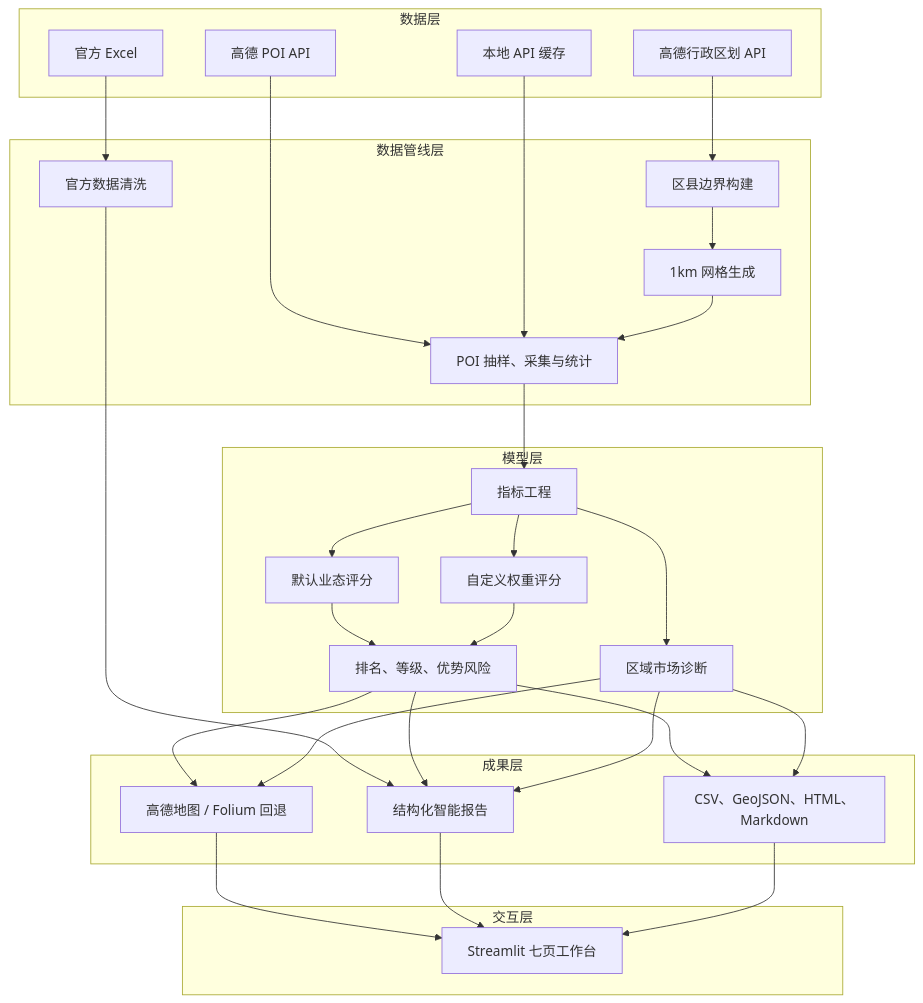
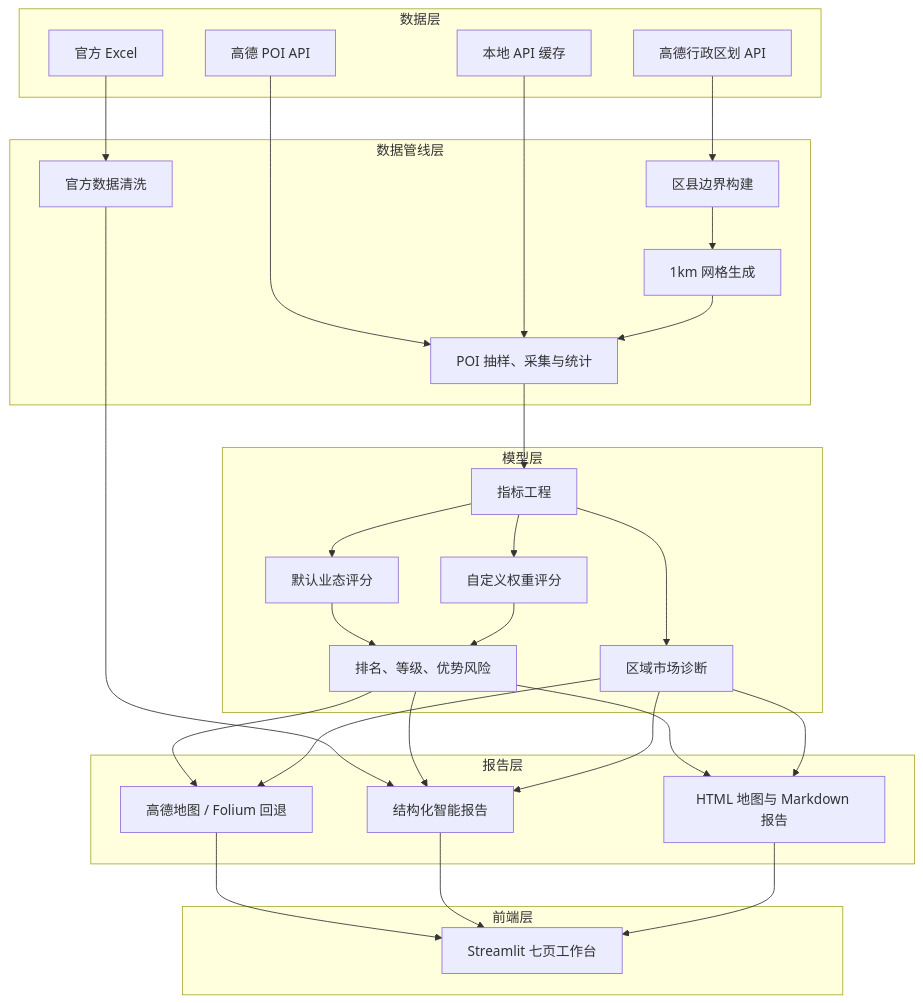
One commit to Brolem/qianzhi_selection changed the third of 3 diagrams in docs/黔址优选_v2项目说明材料.md. Above: the diagram before and after it, drawn with Mermaid. The commit also changed other lines of this file and 11 other files, not shown here.

````diff
--- a/docs/黔址优选_v2项目说明材料.md
+++ b/docs/黔址优选_v2项目说明材料.md
@@ -424,57 +424,57 @@
 ```mermaid
 flowchart TB
     subgraph Data["数据层"]
         A["官方 Excel"]
         B["高德行政区划 API"]
         C["高德 POI API"]
         D["本地 API 缓存"]
     end
 
     subgraph Pipeline["数据管线层"]
         E["官方数据清洗"]
         F["区县边界构建"]
         G["1km 网格生成"]
         H["POI 抽样、采集与统计"]
     end
 
     subgraph Model["模型层"]
         I["指标工程"]
         J["默认业态评分"]
         K["自定义权重评分"]
         L["排名、等级、优势风险"]
         L2["区域市场诊断"]
     end
 
-    subgraph Presentation["成果层"]
+    subgraph Report["报告层"]
         M["高德地图 / Folium 回退"]
         N["结构化智能报告"]
-        O["CSV、GeoJSON、HTML、Markdown"]
+        O["HTML 地图与 Markdown 报告"]
     end
 
-    subgraph Web["交互层"]
+    subgraph Web["前端层"]
         P["Streamlit 七页工作台"]
     end
 
     A --> E
     B --> F
     F --> G
     C --> H
     D --> H
     G --> H
     E --> N
     H --> I
     I --> J
     I --> K
     J --> L
     K --> L
     I --> L2
     L --> M
     L --> N
     L --> O
     L2 --> M
     L2 --> N
     L2 --> O
     M --> P
     N --> P
     O --> P
 ```
````
